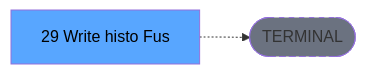
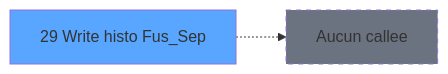
Before and after one commit to thonyAGP/lecteur-magic: the third of 3 diagrams in .openspec/specs/ADH-IDE-29.md, drawn with Mermaid. The commit also changed other lines of this file and 96 other files, not shown here.

````diff
--- a/.openspec/specs/ADH-IDE-29.md
+++ b/.openspec/specs/ADH-IDE-29.md
@@ -134,8 +185,8 @@
 ```mermaid
 graph LR
-    T[29 Write histo Fus]
-    TERM([TERMINAL])
-    T -.-> TERM
-    style TERM fill:#6b7280,stroke-dasharray: 5 5
-    style T fill:#58a6ff,color:#000
+    T29[29 Write histo Fus_Sep]
+    style T29 fill:#58a6ff
+    NONE[Aucun callee]
+    T29 -.-> NONE
+    style NONE fill:#6b7280,stroke-dasharray: 5 5
 ```
````
